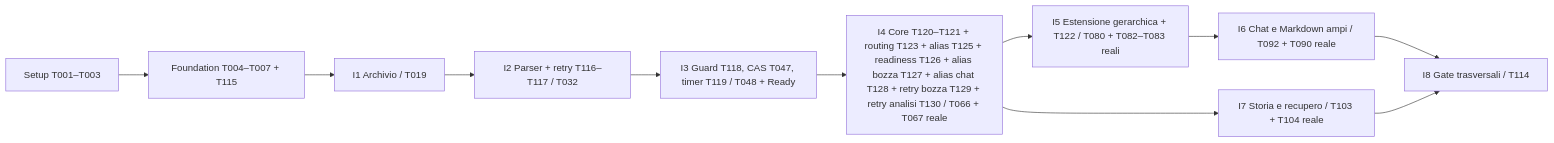
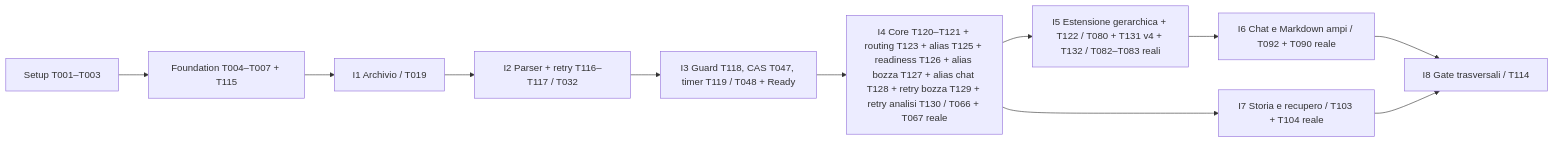
One commit to babbubba/bProjects changed the diagram in specs/002-project-documents/tasks.md. Above: the diagram before and after it, drawn with Mermaid. The commit also changed other lines of this file and 1 other file, not shown here.

Commit message:
docs(002): delta tecnico riconciliazione gerarchica v4 (T131/T132)

````diff
--- a/specs/002-project-documents/tasks.md
+++ b/specs/002-project-documents/tasks.md
@@ -372,13 +376,13 @@
 ```mermaid
 flowchart LR
   S["Setup T001–T003"] --> F["Foundation T004–T007 + T115"]
   F --> I1["I1 Archivio / T019"]
   I1 --> I2["I2 Parser + retry T116–T117 / T032"]
   I2 --> I3["I3 Guard T118, CAS T047, timer T119 / T048 + Ready"]
   I3 --> I4["I4 Core T120–T121 + routing T123 + alias T125 + readiness T126 + alias bozza T127 + alias chat T128 + retry bozza T129 + retry analisi T130 / T066 + T067 reale"]
-  I4 --> I5["I5 Estensione gerarchica + T122 / T080 + T082–T083 reali"]
+  I4 --> I5["I5 Estensione gerarchica + T122 / T080 + T131 v4 + T132 / T082–T083 reali"]
   I5 --> I6["I6 Chat e Markdown ampi / T092 + T090 reale"]
   I4 --> I7["I7 Storia e recupero / T103 + T104 reale"]
   I6 --> I8["I8 Gate trasversali / T114"]
   I7 --> I8
 ```
````
